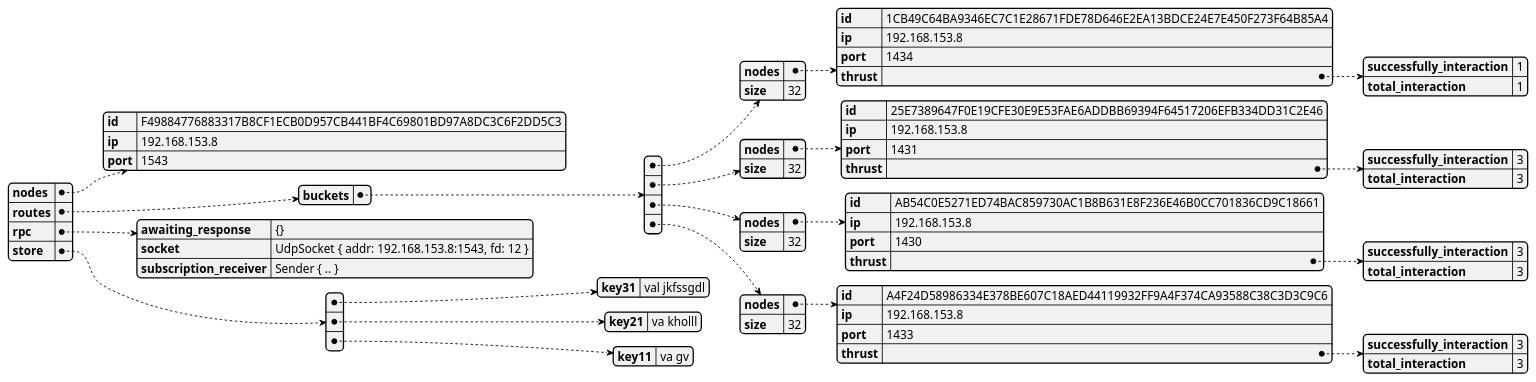
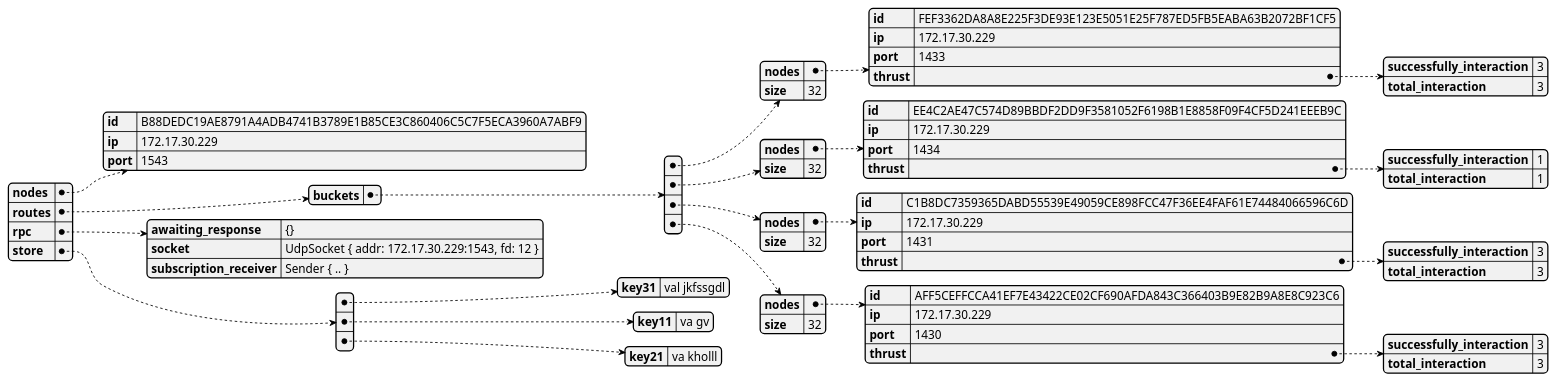
One commit to GoliathHagar/distributed_legder_kademlia changed the diagram in src/distributed_legder/state_dumps/test-bootstrap-1.json.plantuml. Above: the diagram before and after it, drawn with PlantUML. The commit also changed 17 other files, not shown here.

```diff
--- a/src/distributed_legder/state_dumps/test-bootstrap-1.json.plantuml
+++ b/src/distributed_legder/state_dumps/test-bootstrap-1.json.plantuml
@@ -1,3 +1,3 @@
 @startjson
-{"nodes":{"id":"F49884776883317B8CF1ECB0D957CB441BF4C69801BD97A8DC3C6F2DD5C3","ip":"192.168.153.8","port":1543},"routes":{"buckets":[{"nodes":{"id":"1CB49C64BA9346EC7C1E28671FDE78D646E2EA13BDCE24E7E450F273F64B85A4","ip":"192.168.153.8","port":1434,"thrust":{"successfully_interaction":1,"total_interaction":1}},"size":32},{"nodes":{"id":"25E7389647F0E19CFE30E9E53FAE6ADDBB69394F64517206EFB334DD31C2E46","ip":"192.168.153.8","port":1431,"thrust":{"successfully_interaction":3,"total_interaction":3}},"size":32},{"nodes":{"id":"AB54C0E5271ED74BAC859730AC1B8B631E8F236E46B0CC701836CD9C18661","ip":"192.168.153.8","port":1430,"thrust":{"successfully_interaction":3,"total_interaction":3}},"size":32},{"nodes":{"id":"A4F24D58986334E378BE607C18AED44119932FF9A4F374CA93588C38C3D3C9C6","ip":"192.168.153.8","port":1433,"thrust":{"successfully_interaction":3,"total_interaction":3}},"size":32}]},"rpc":{"awaiting_response":"{}","socket":"UdpSocket { addr: 192.168.153.8:1543, fd: 12 }","subscription_receiver":"Sender { .. }"},"store":[{"key31":"val jkfssgdl"},{"key21":"va kholll"},{"key11":"va gv"}]}
+{"nodes":{"id":"B88DEDC19AE8791A4ADB4741B3789E1B85CE3C860406C5C7F5ECA3960A7ABF9","ip":"172.17.30.229","port":1543},"routes":{"buckets":[{"nodes":{"id":"FEF3362DA8A8E225F3DE93E123E5051E25F787ED5FB5EABA63B2072BF1CF5","ip":"172.17.30.229","port":1433,"thrust":{"successfully_interaction":3,"total_interaction":3}},"size":32},{"nodes":{"id":"EE4C2AE47C574D89BBDF2DD9F3581052F6198B1E8858F09F4CF5D241EEEB9C","ip":"172.17.30.229","port":1434,"thrust":{"successfully_interaction":1,"total_interaction":1}},"size":32},{"nodes":{"id":"C1B8DC7359365DABD55539E49059CE898FCC47F36EE4FAF61E74484066596C6D","ip":"172.17.30.229","port":1431,"thrust":{"successfully_interaction":3,"total_interaction":3}},"size":32},{"nodes":{"id":"AFF5CEFFCCA41EF7E43422CE02CF690AFDA843C366403B9E82B9A8E8C923C6","ip":"172.17.30.229","port":1430,"thrust":{"successfully_interaction":3,"total_interaction":3}},"size":32}]},"rpc":{"awaiting_response":"{}","socket":"UdpSocket { addr: 172.17.30.229:1543, fd: 12 }","subscription_receiver":"Sender { .. }"},"store":[{"key31":"val jkfssgdl"},{"key11":"va gv"},{"key21":"va kholll"}]}
 @endjson
```
